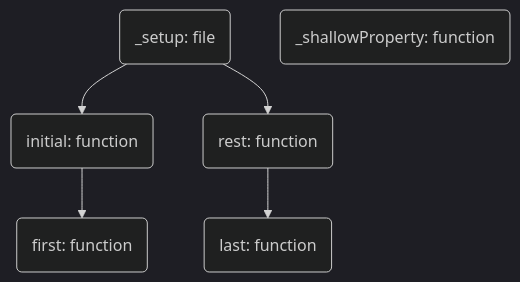
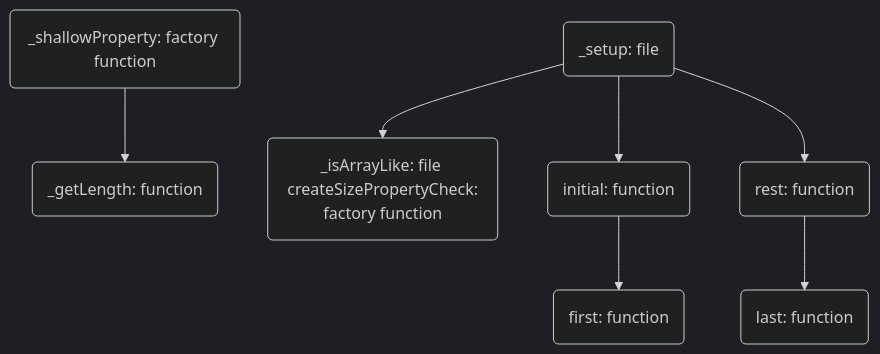
One commit to AshGreyG/To-Realize-Underscore changed the diagram in doc/dependencies.mmd. Above: the diagram before and after it, drawn with Mermaid (dark theme). The commit also changed 8 other files, not shown here.

```diff
--- a/doc/dependencies.mmd
+++ b/doc/dependencies.mmd
@@ -1,32 +1,38 @@
 flowchart TD
   %% Define nodes and their names
 
   %%% `_xxx` files
   _setup(_setup: file)
-  _shallowProperty(_shallowProperty: function)
+  _shallowProperty(_shallowProperty: factory function)
+  _getLength(_getLength: function)
+  _isArrayLike(_isArrayLike: file \n createSizePropertyCheck: factory function)
 
   %%% Array functions
 
   initial(initial: function)
   first(first: function)
   rest(rest: function)
   last(last: function)
 
   %% Hyperlink settings
 
   %%% `_xxx` files
 
   click _setup "https://github.com/AshGreyG/To-Realize-Underscore/blob/main/modules/_setup.js"
   click _shallowProperty "https://github.com/AshGreyG/To-Realize-Underscore/blob/main/modules/_shallowProperty.js"
+  click _getLength "https://github.com/AshGreyG/To-Realize-Underscore/blob/main/modules/_getLength.js"
+  click _isArrayLike "https://github.com/AshGreyG/To-Realize-Underscore/blob/main/modules/_isArrayLike.js"
 
   click initial "https://github.com/AshGreyG/To-Realize-Underscore/blob/main/modules/initial.js"
   click first "https://github.com/AshGreyG/To-Realize-Underscore/blob/main/modules/first.js"
   click rest "https://github.com/AshGreyG/To-Realize-Underscore/blob/main/modules/rest.js"
   click last "https://github.com/AshGreyG/To-Realize-Underscore/blob/main/modules/last.js"
 
   %% Edge settings
 
   _setup --> initial
   _setup --> rest
+  _setup --> _isArrayLike
+  _shallowProperty --> _getLength
   initial --> first
   rest --> last
```
